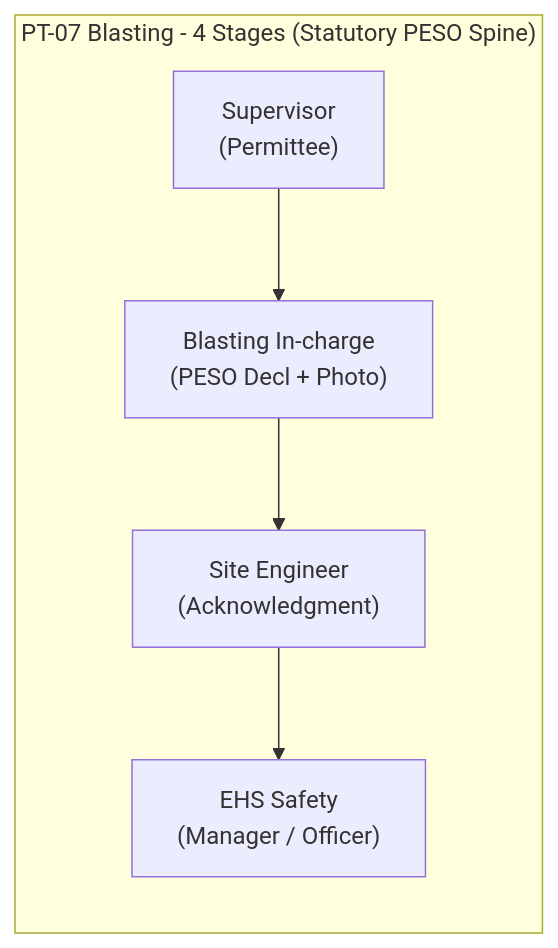
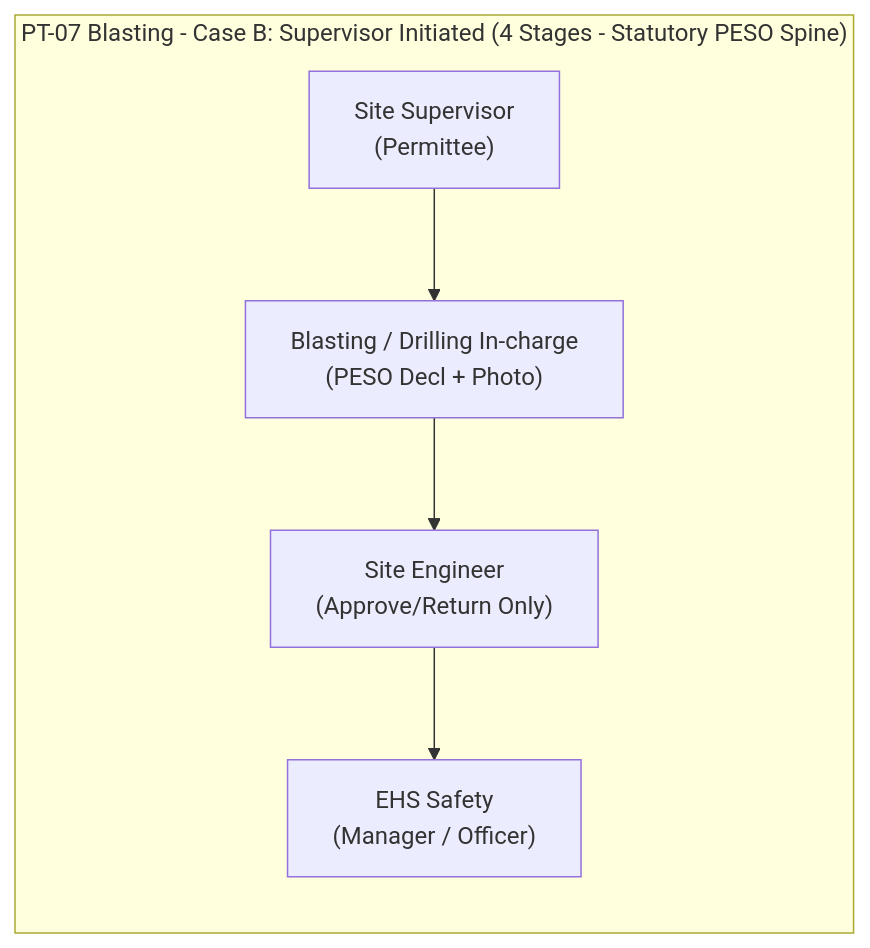
One commit to AuroGroupAutomationBot/ARPL-EHS-Demo changed the eighth of 30 diagrams in README.md. Above: the diagram before and after it, drawn with Mermaid. The commit also changed other lines of this file and 3 other files, not shown here.

````diff
--- a/README.md
+++ b/README.md
@@ -355,8 +366,8 @@
 ```mermaid
 graph LR
-    subgraph "PT-07 Blasting - 4 Stages (Statutory PESO Spine)"
-        B1["Supervisor<br/>(Permittee)"] --> B2["Blasting In-charge<br/>(PESO Decl + Photo)"]
-        B2 --> B3["Site Engineer<br/>(Acknowledgment)"]
+    subgraph "PT-07 Blasting - Case B: Supervisor Initiated (4 Stages - Statutory PESO Spine)"
+        B1["Site Supervisor<br/>(Permittee)"] --> B2["Blasting / Drilling In-charge<br/>(PESO Decl + Photo)"]
+        B2 --> B3["Site Engineer<br/>(Approve/Return Only)"]
         B3 --> B4["EHS Safety<br/>(Manager / Officer)"]
     end
 ```
````
